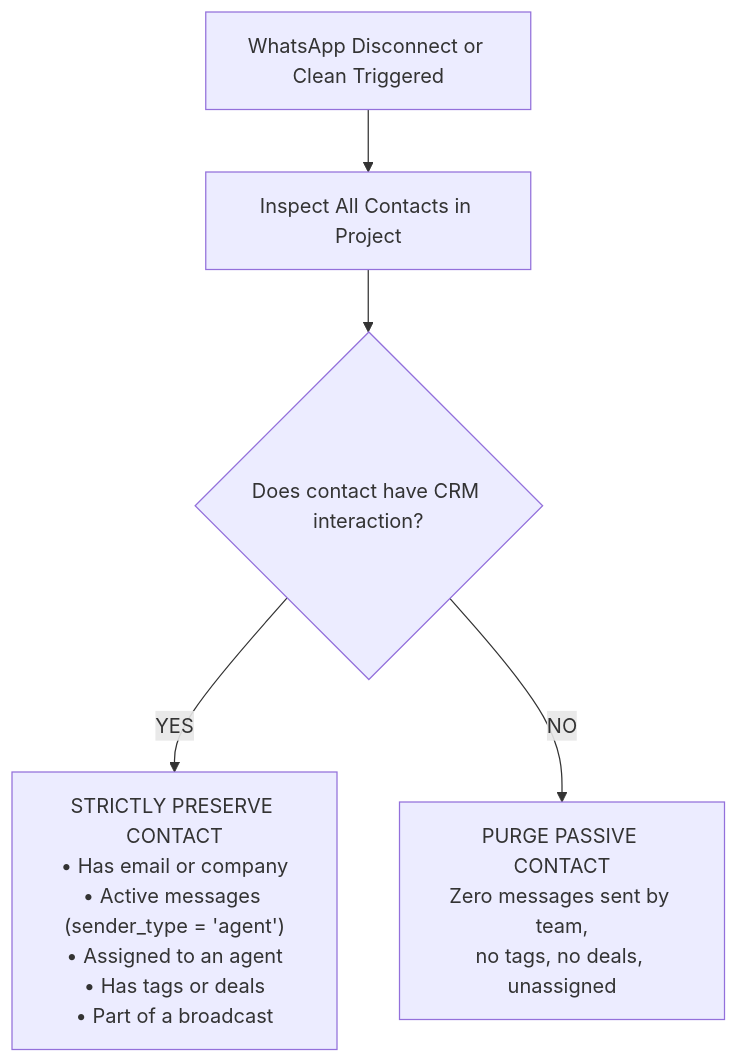
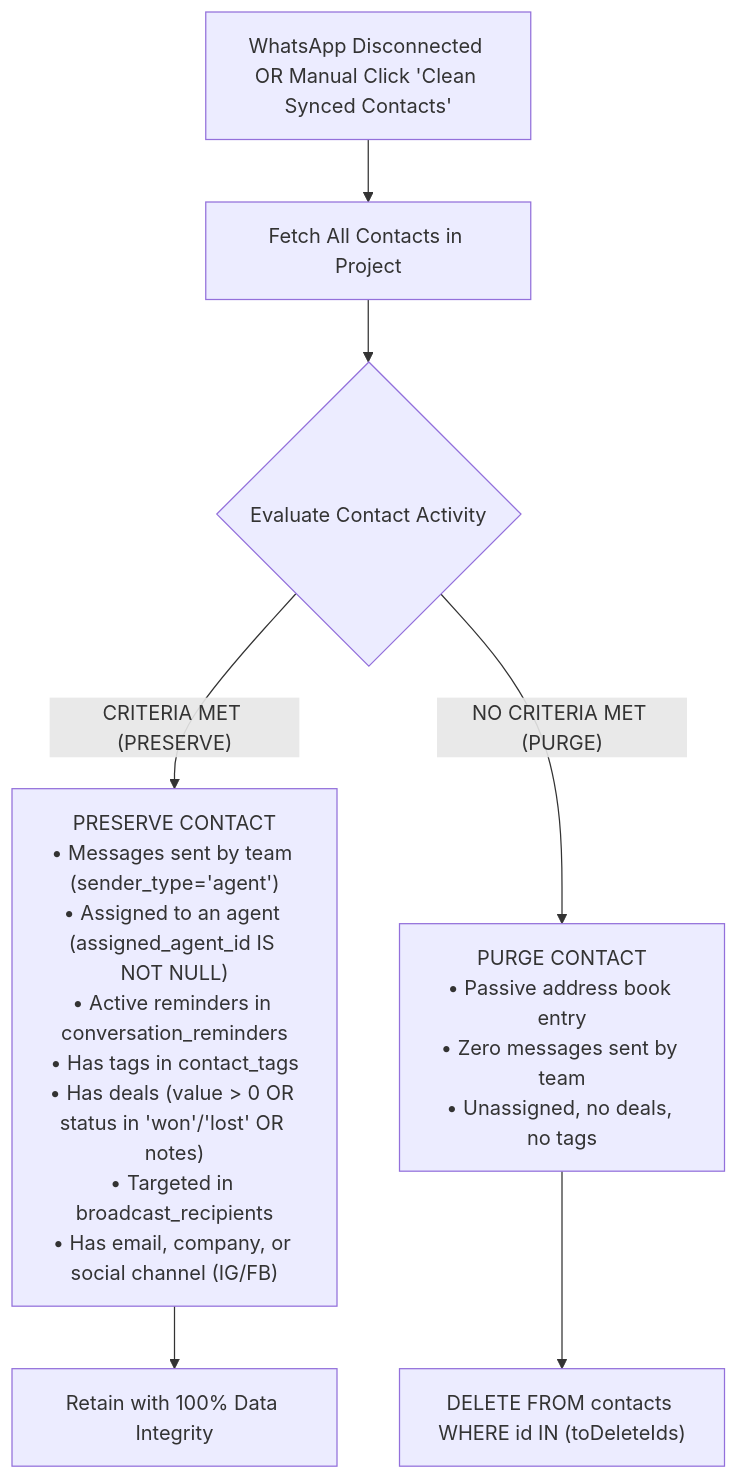
Before and after one commit to CloudMasa-Tech/whatsappcrm: the fifth of 11 diagrams in PRODUCT_DOCUMENTATION.md, drawn with Mermaid. The commit also changed other lines of this file and 18 other files, not shown here.

Commit message:
feat: add full-flow enterprise documentation, multi-format template media uploads, and mobile UX enhancements

````diff
--- a/PRODUCT_DOCUMENTATION.md
+++ b/PRODUCT_DOCUMENTATION.md
@@ -150,9 +286,12 @@
 ```mermaid
 flowchart TD
-    Start["WhatsApp Disconnect or Clean Triggered"] --> Query["Inspect All Contacts in Project"]
-    Query --> CheckActivity{"Does contact have CRM interaction?"}
-    
-    CheckActivity -- "YES" --> Keep["STRICTLY PRESERVE CONTACT<br/>• Has email or company<br/>• Active messages (sender_type = 'agent')<br/>• Assigned to an agent<br/>• Has tags or deals<br/>• Part of a broadcast"]
-    
-    CheckActivity -- "NO" --> Delete["PURGE PASSIVE CONTACT<br/>Zero messages sent by team,<br/>no tags, no deals, unassigned"]
+    Trigger["WhatsApp Disconnected OR Manual Click 'Clean Synced Contacts'"] --> Scan["Fetch All Contacts in Project"]
+    Scan --> Analyze{"Evaluate Contact Activity"}
+
+    Analyze -- "CRITERIA MET (PRESERVE)" --> Keep["PRESERVE CONTACT<br/>• Messages sent by team (sender_type='agent')<br/>• Assigned to an agent (assigned_agent_id IS NOT NULL)<br/>• Active reminders in conversation_reminders<br/>• Has tags in contact_tags<br/>• Has deals (value > 0 OR status in 'won'/'lost' OR notes)<br/>• Targeted in broadcast_recipients<br/>• Has email, company, or social channel (IG/FB)"]
+
+    Analyze -- "NO CRITERIA MET (PURGE)" --> Delete["PURGE CONTACT<br/>• Passive address book entry<br/>• Zero messages sent by team<br/>• Unassigned, no deals, no tags"]
+
+    Delete --> Exec["DELETE FROM contacts WHERE id IN (toDeleteIds)"]
+    Keep --> Retain["Retain with 100% Data Integrity"]
 ```
````
